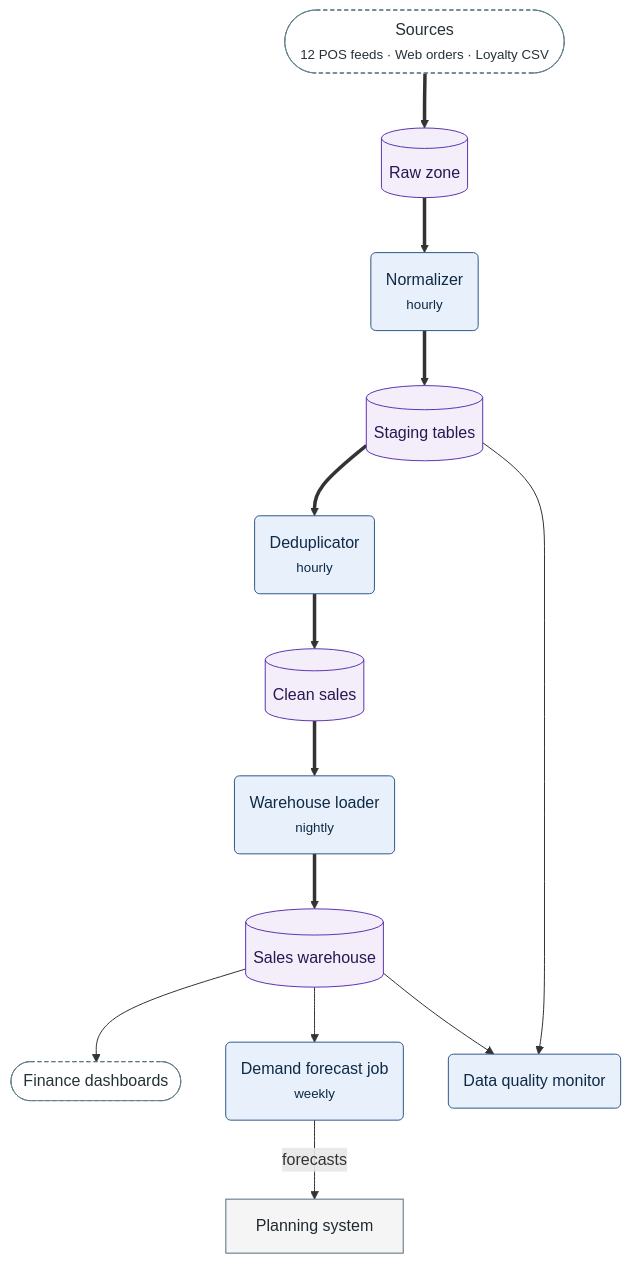
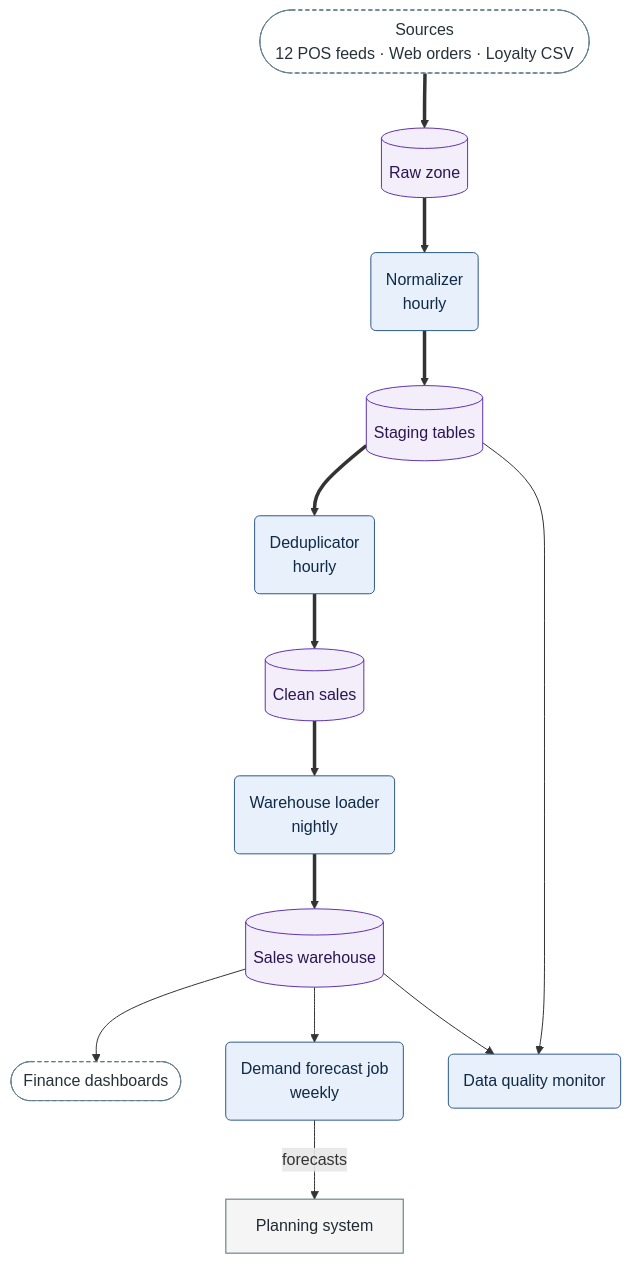
The diagram in .agent/skills/mermaid-authoring-guidelines/evals/fixtures/c5-sales-pipeline-dataflow/pass.md (MatrixFounder/Agentic-development), drawn with Mermaid before and after one commit. The commit also changed 41 other files, not shown here.

````diff
--- a/.agent/skills/mermaid-authoring-guidelines/evals/fixtures/c5-sales-pipeline-dataflow/pass.md
+++ b/.agent/skills/mermaid-authoring-guidelines/evals/fixtures/c5-sales-pipeline-dataflow/pass.md
@@ -3,38 +3,38 @@
 ```mermaid
-%%{init: {"layout": "dagre", "look": "classic", "flowchart": {"nodeSpacing": 45, "rankSpacing": 55, "wrappingWidth": 400}}}%%
+%%{init: {"layout": "dagre", "look": "classic", "flowchart": {"nodeSpacing": 45, "rankSpacing": 55, "wrappingWidth": 400}, "themeCSS": "foreignObject { overflow: visible; }"}}%%
 flowchart TB
     accTitle: Sales data flow
     accDescr: How sales records move from the three sources to the dashboards, the forecast and the quality monitor.
-    SRC(["Sources<br/><small>12 POS feeds · Web orders · Loyalty CSV</small>"])
+    SRC(["Sources<br/>12 POS feeds · Web orders · Loyalty CSV"])
     RAW[("Raw zone")]
-    NORM("Normalizer<br/><small>hourly</small>")
+    NORM("Normalizer<br/>hourly")
     STG[("Staging tables")]
-    DEDUP("Deduplicator<br/><small>hourly</small>")
+    DEDUP("Deduplicator<br/>hourly")
     CLEAN[("Clean sales")]
-    LOAD("Warehouse loader<br/><small>nightly</small>")
+    LOAD("Warehouse loader<br/>nightly")
     WH[("Sales warehouse")]
     DASH(["Finance dashboards"])
-    FC("Demand forecast job<br/><small>weekly</small>")
+    FC("Demand forecast job<br/>weekly")
     PLAN["Planning system"]
     DQ("Data quality monitor")
     SRC ==> RAW
     RAW ==> NORM
     NORM ==> STG
     STG ==> DEDUP
     DEDUP ==> CLEAN
     CLEAN ==> LOAD
     LOAD ==> WH
     WH --> DASH
     WH --> FC
     FC -->|"forecasts"| PLAN
     STG --> DQ
     WH --> DQ
     class SRC,DASH ext
     class NORM,DEDUP,LOAD,FC,DQ wf
     class RAW,STG,CLEAN,WH db
     class PLAN svc
     classDef ext fill:#FFFFFF,stroke:#607D8B,color:#263238,stroke-dasharray:4 3
     classDef wf fill:#E8F0FB,stroke:#2E5A8A,color:#0F2A47
     classDef db fill:#F3EEF9,stroke:#5E35B1,color:#2A1653
     classDef svc fill:#F5F5F5,stroke:#546E7A,color:#1F2A30
 ```
````
